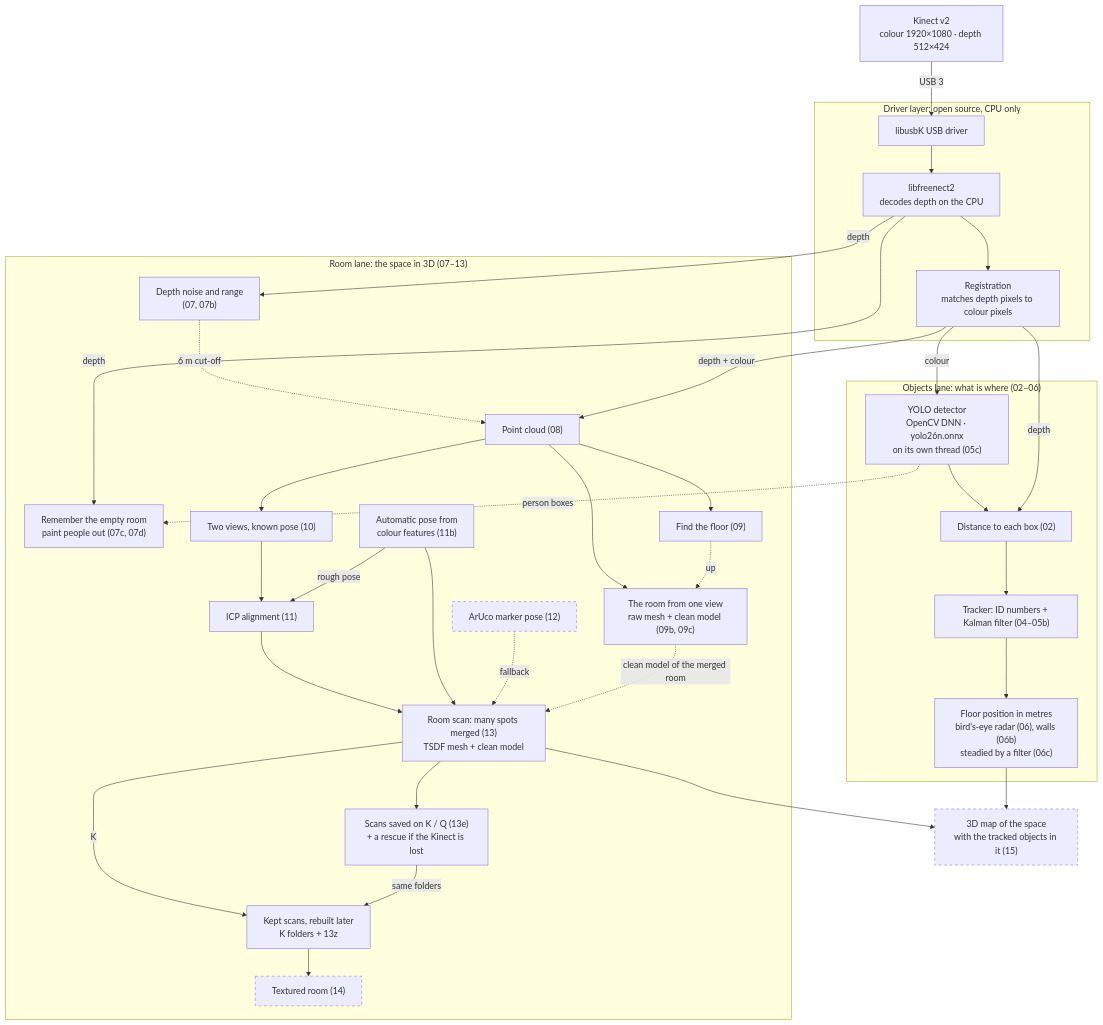
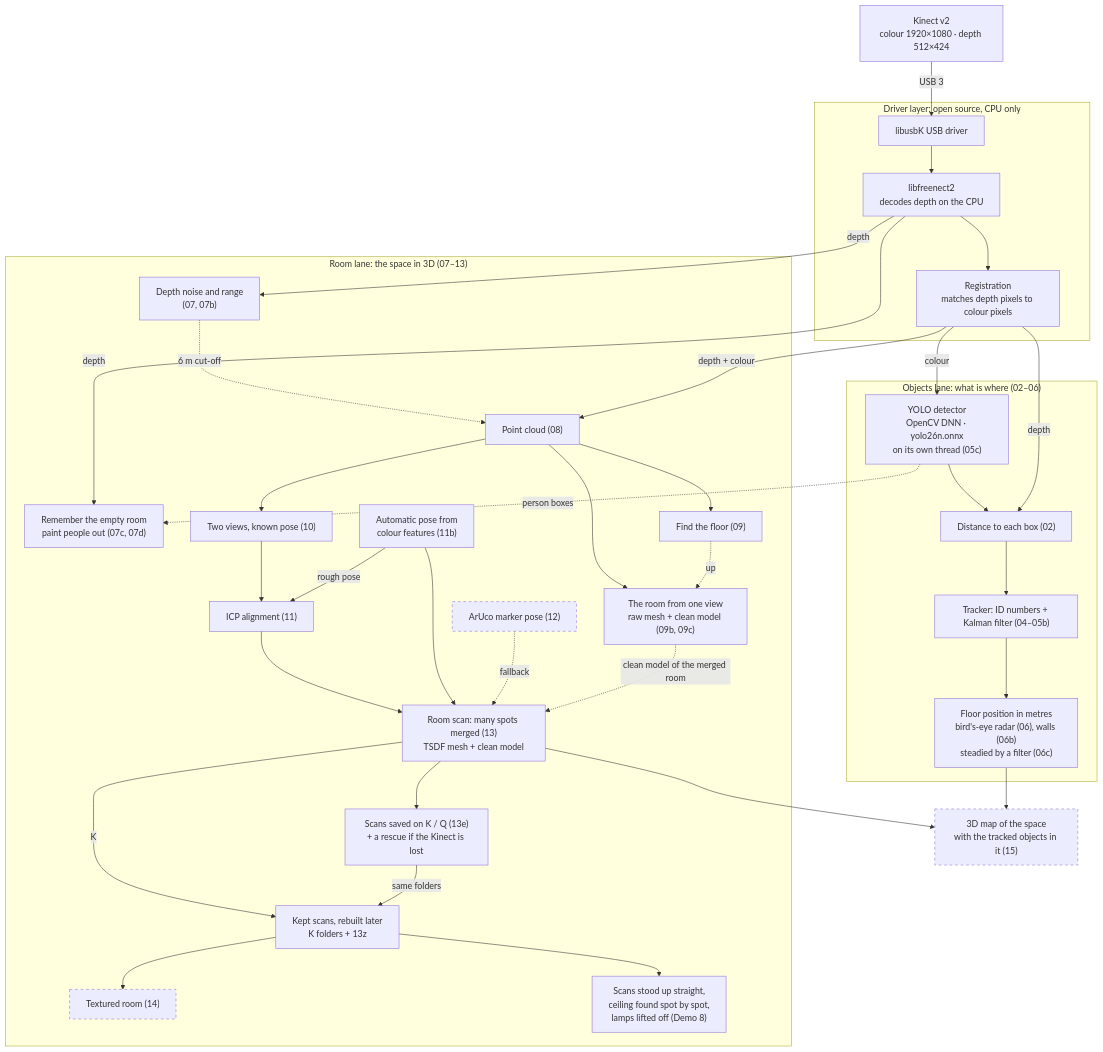
The diagram in README.md (Kramav/Spotter), drawn with Mermaid before and after one commit. The commit also changed other lines of this file and 21 other files, not shown here.

````diff
--- a/README.md
+++ b/README.md
@@ -17,59 +17,61 @@
 ```mermaid
 flowchart TB
     K["Kinect v2<br/>colour 1920×1080 · depth 512×424"]
 
     subgraph DRV["Driver layer: open source, CPU only"]
         U["libusbK USB driver"] --> F["libfreenect2<br/>decodes depth on the CPU"]
         F --> R["Registration<br/>matches depth pixels to colour pixels"]
     end
     K -->|USB 3| U
 
     subgraph OBJ["Objects lane: what is where (02–06)"]
         Y["YOLO detector<br/>OpenCV DNN · yolo26n.onnx<br/>on its own thread (05c)"]
         D["Distance to each box (02)"]
         T["Tracker: ID numbers + Kalman filter (04–05b)"]
         X["Floor position in metres<br/>bird's-eye radar (06), walls (06b)<br/>steadied by a filter (06c)"]
         Y --> D --> T --> X
     end
 
     subgraph ROOM["Room lane: the space in 3D (07–13)"]
         AV["Depth noise and range<br/>(07, 07b)"]
         BG["Remember the empty room<br/>paint people out (07c, 07d)"]
         PC["Point cloud (08)"]
         FL["Find the floor (09)"]
         RM["The room from one view<br/>raw mesh + clean model (09b, 09c)"]
         V11b["Automatic pose from<br/>colour features (11b)"]
         V10["Two views, known pose (10)"]
         V11["ICP alignment (11)"]
         V12["ArUco marker pose (12)"]
         V13["Room scan: many spots merged (13)<br/>TSDF mesh + clean model"]
         SAFE["Scans saved on K / Q (13e)<br/>+ a rescue if the Kinect is lost"]
         KEEP["Kept scans, rebuilt later<br/>K folders + 13z"]
         TEX["Textured room (14)"]
+        STR["Scans stood up straight,<br/>ceiling found spot by spot,<br/>lamps lifted off (Demo 8)"]
         AV -.->|6 m cut-off| PC
         PC --> FL
         PC --> RM
         FL -.->|up| RM
         PC --> V10 --> V11 --> V13
         V11b -->|rough pose| V11
         V11b --> V13
         V12 -.->|fallback| V13
         RM -.->|clean model of the merged room| V13
         V13 -->|K| KEEP --> TEX
         V13 --> SAFE -->|same folders| KEEP
+        KEEP --> STR
     end
 
     R -->|colour| Y
     R -->|depth| D
     F -->|depth| AV
     F -->|depth| BG
     R -->|depth + colour| PC
     Y -.->|person boxes| BG
 
     MAP["3D map of the space<br/>with the tracked objects in it (15)"]
     X --> MAP
     V13 --> MAP
 
     classDef planned stroke-dasharray: 5 5
     class V12,TEX,MAP planned
 ```
````
